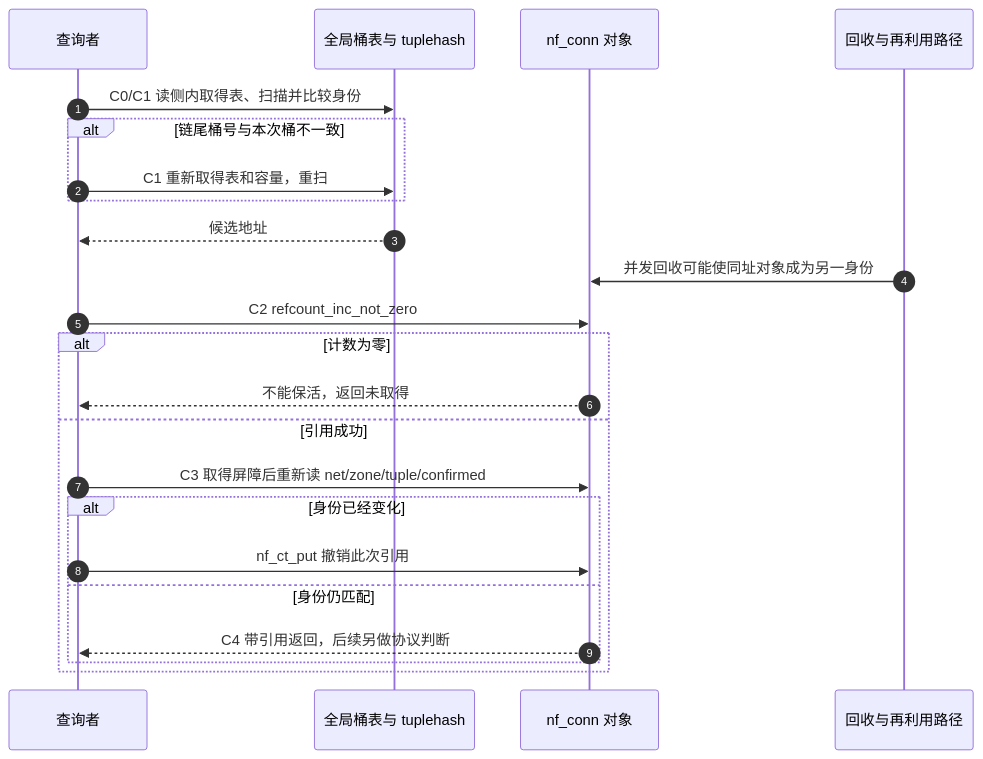
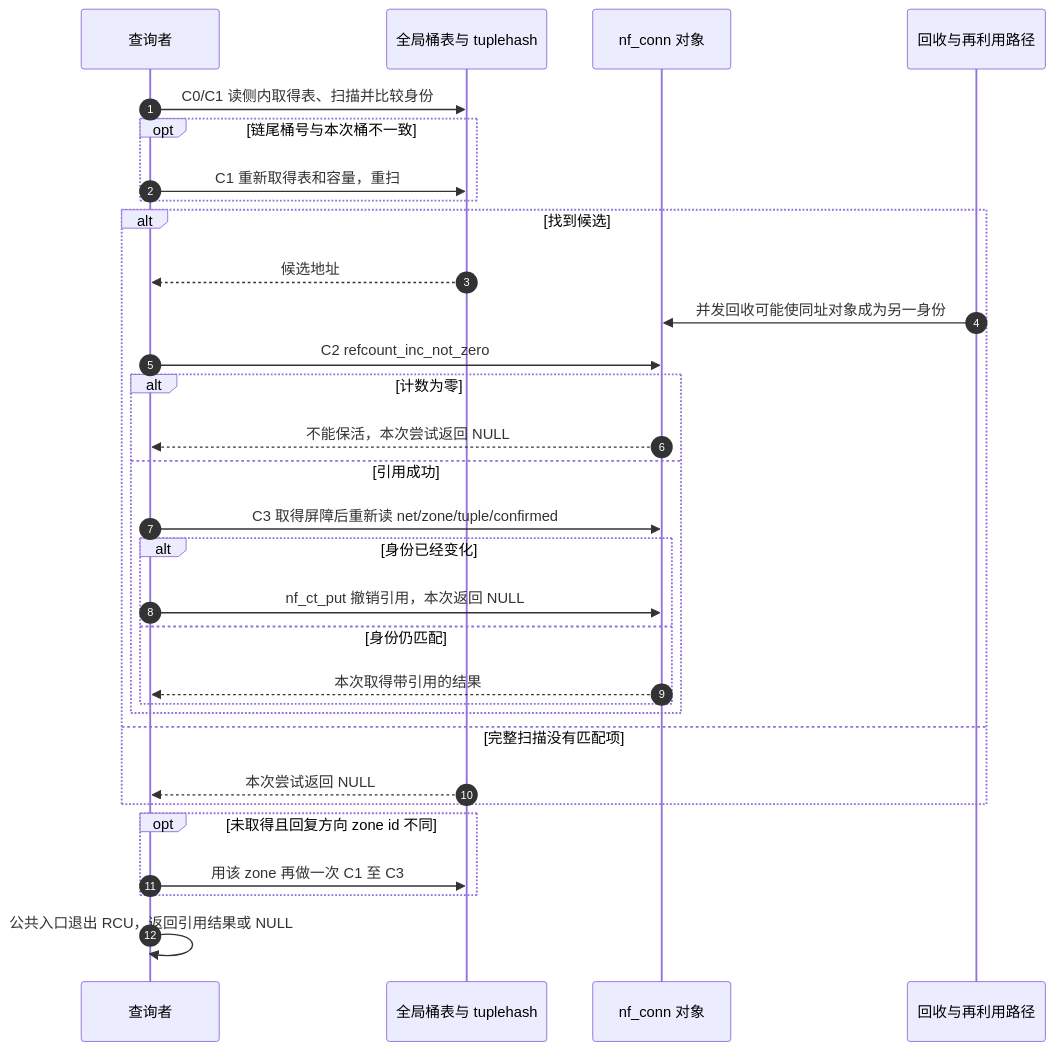
Before and after one commit to FormingSystem/linux_note: the diagram in research/source_reading/hash_table/navigation/P05_子系统索引身份与寿命导读.md, drawn with Mermaid. The commit also changed other lines of this file and 11 other files, not shown here.

````diff
--- a/research/source_reading/hash_table/navigation/P05_子系统索引身份与寿命导读.md
+++ b/research/source_reading/hash_table/navigation/P05_子系统索引身份与寿命导读.md
@@ -43,25 +45,33 @@
 ```mermaid
 sequenceDiagram
     autonumber
     participant R as 查询者
     participant B as 全局桶表与 tuplehash
     participant O as nf_conn 对象
     participant U as 回收与再利用路径
     R->>B: C0/C1 读侧内取得表、扫描并比较身份
-    alt 链尾桶号与本次桶不一致
+    opt 链尾桶号与本次桶不一致
         R->>B: C1 重新取得表和容量，重扫
     end
-    B-->>R: 候选地址
-    U->>O: 并发回收可能使同址对象成为另一身份
-    R->>O: C2 refcount_inc_not_zero
-    alt 计数为零
-        O-->>R: 不能保活，返回未取得
-    else 引用成功
-        R->>O: C3 取得屏障后重新读 net/zone/tuple/confirmed
-        alt 身份已经变化
-            R->>O: nf_ct_put 撤销此次引用
-        else 身份仍匹配
-            O-->>R: C4 带引用返回，后续另做协议判断
+    alt 找到候选
+        B-->>R: 候选地址
+        U->>O: 并发回收可能使同址对象成为另一身份
+        R->>O: C2 refcount_inc_not_zero
+        alt 计数为零
+            O-->>R: 不能保活，本次尝试返回 NULL
+        else 引用成功
+            R->>O: C3 取得屏障后重新读 net/zone/tuple/confirmed
+            alt 身份已经变化
+                R->>O: nf_ct_put 撤销引用，本次返回 NULL
+            else 身份仍匹配
+                O-->>R: 本次取得带引用的结果
+            end
         end
+    else 完整扫描没有匹配项
+        B-->>R: 本次尝试返回 NULL
     end
+    opt 未取得且回复方向 zone id 不同
+        R->>B: 用该 zone 再做一次 C1 至 C3
+    end
+    R->>R: 公共入口退出 RCU，返回引用结果或 NULL
 ```
````
